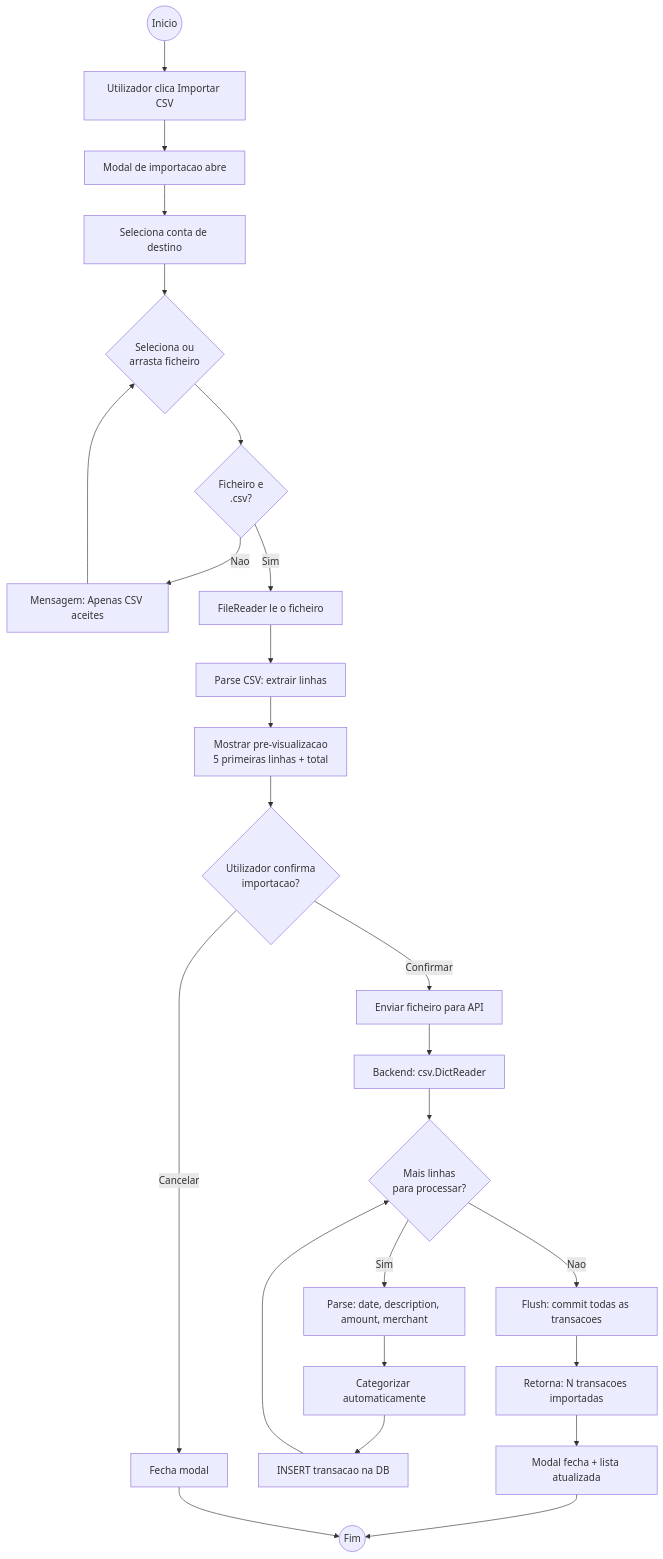
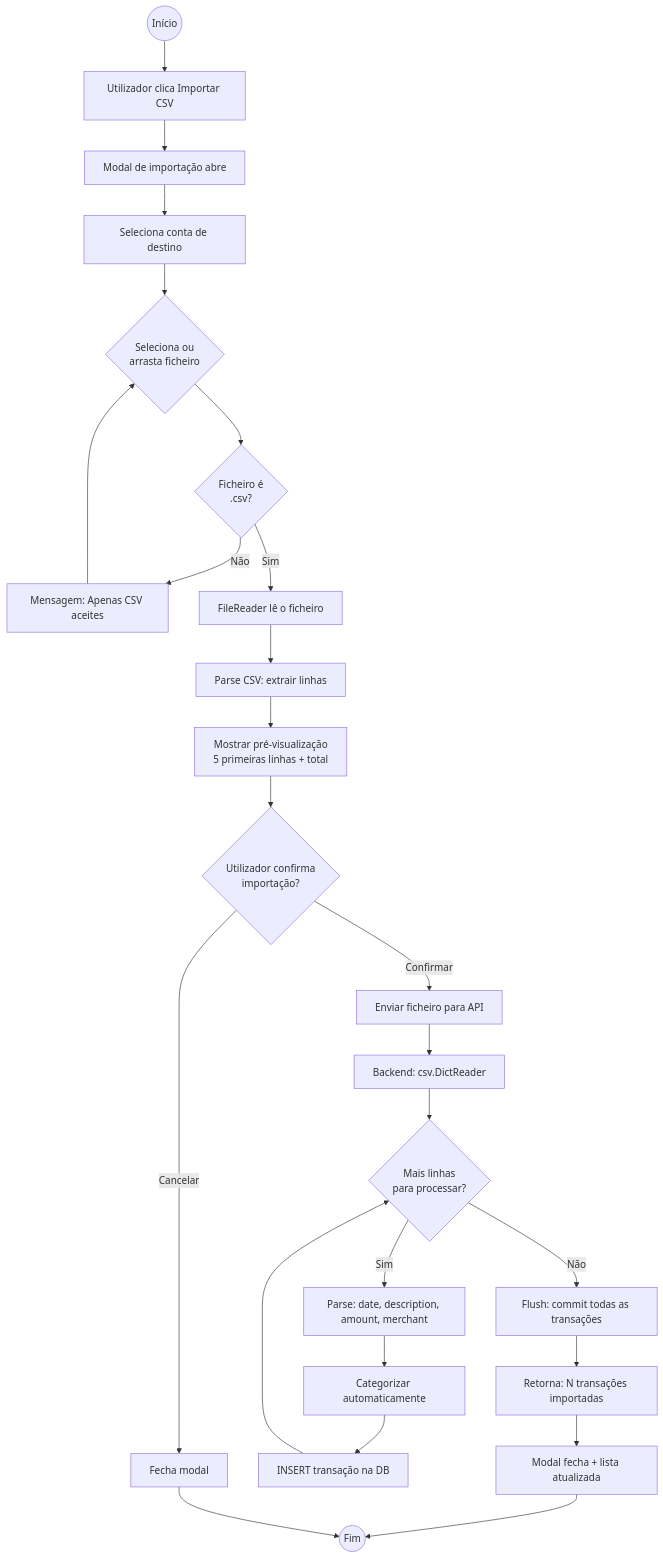
One commit to henriquelaia/FinTwin changed the second of 3 diagrams in docs/sprint1/05_diagramas_atividade.md. Above: the diagram before and after it, drawn with Mermaid. The commit also changed other lines of this file and 11 other files, not shown here.

````diff
--- a/docs/sprint1/05_diagramas_atividade.md
+++ b/docs/sprint1/05_diagramas_atividade.md
@@ -45,34 +45,34 @@
 ```mermaid
 flowchart TD
-    START((Inicio)) --> OPEN[Utilizador clica Importar CSV]
-    OPEN --> MODAL[Modal de importacao abre]
+    START((Início)) --> OPEN[Utilizador clica Importar CSV]
+    OPEN --> MODAL[Modal de importação abre]
     MODAL --> SEL[Seleciona conta de destino]
     SEL --> FILE{Seleciona ou<br/>arrasta ficheiro}
 
-    FILE --> VALID{Ficheiro e<br/>.csv?}
-    VALID -->|Nao| ERR1[Mensagem: Apenas CSV aceites]
+    FILE --> VALID{Ficheiro é<br/>.csv?}
+    VALID -->|Não| ERR1[Mensagem: Apenas CSV aceites]
     ERR1 --> FILE
-    VALID -->|Sim| READ[FileReader le o ficheiro]
+    VALID -->|Sim| READ[FileReader lê o ficheiro]
 
     READ --> PARSE[Parse CSV: extrair linhas]
-    PARSE --> PREVIEW[Mostrar pre-visualizacao<br/>5 primeiras linhas + total]
+    PARSE --> PREVIEW[Mostrar pré-visualização<br/>5 primeiras linhas + total]
 
-    PREVIEW --> CONF{Utilizador confirma<br/>importacao?}
+    PREVIEW --> CONF{Utilizador confirma<br/>importação?}
     CONF -->|Cancelar| CLOSE[Fecha modal]
     CONF -->|Confirmar| UPLOAD[Enviar ficheiro para API]
 
     UPLOAD --> API[Backend: csv.DictReader]
     API --> LOOP{Mais linhas<br/>para processar?}
 
     LOOP -->|Sim| PARSELN[Parse: date, description, amount, merchant]
     PARSELN --> CATEG[Categorizar automaticamente]
-    CATEG --> INSERT[INSERT transacao na DB]
+    CATEG --> INSERT[INSERT transação na DB]
     INSERT --> LOOP
 
-    LOOP -->|Nao| FLUSH[Flush: commit todas as transacoes]
-    FLUSH --> RESP[Retorna: N transacoes importadas]
+    LOOP -->|Não| FLUSH[Flush: commit todas as transações]
+    FLUSH --> RESP[Retorna: N transações importadas]
     RESP --> SUCCESS[Modal fecha + lista atualizada]
     SUCCESS --> END((Fim))
 
     CLOSE --> END
 ```
````
